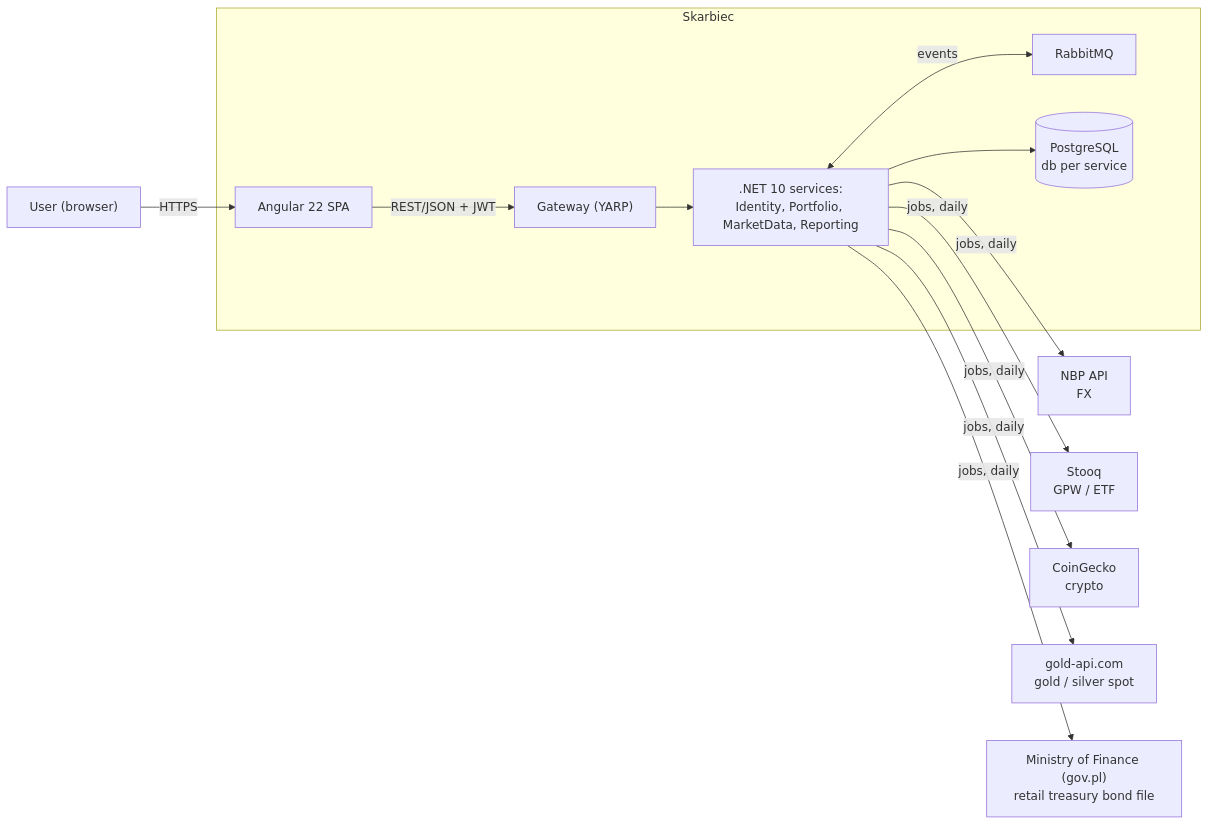
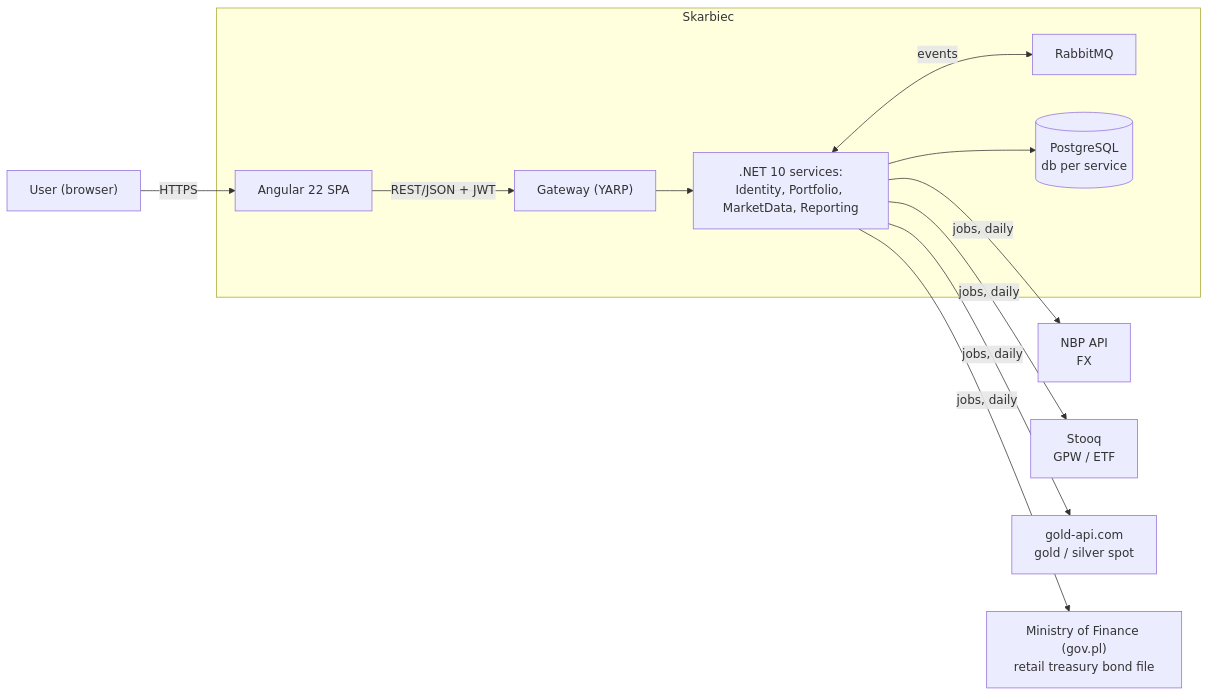
The first of 7 diagrams in skarbiec-plan/architecture.md (Maliniak93/FinMel), drawn with Mermaid before and after one commit. The commit also changed other lines of this file and 124 other files, not shown here.

````diff
--- a/skarbiec-plan/architecture.md
+++ b/skarbiec-plan/architecture.md
@@ -51,27 +51,25 @@
 ```mermaid
 flowchart LR
     U["User (browser)"]
     subgraph SKARBIEC["Skarbiec"]
         SPA["Angular 22 SPA"]
         GW["Gateway (YARP)"]
         SVC[".NET 10 services:<br/>Identity, Portfolio, MarketData, Reporting"]
         MQ["RabbitMQ"]
         DB[("PostgreSQL<br/>db per service")]
     end
     NBP["NBP API<br/>FX"]
     STOOQ["Stooq<br/>GPW / ETF"]
-    CG["CoinGecko<br/>crypto"]
     GA["gold-api.com<br/>gold / silver spot"]
     MF["Ministry of Finance (gov.pl)<br/>retail treasury bond file"]
 
     U -->|HTTPS| SPA
     SPA -->|"REST/JSON + JWT"| GW
     GW --> SVC
     SVC <-->|events| MQ
     SVC --> DB
     SVC -->|"jobs, daily"| NBP
     SVC -->|"jobs, daily"| STOOQ
-    SVC -->|"jobs, daily"| CG
     SVC -->|"jobs, daily"| GA
     SVC -->|"jobs, daily"| MF
 ```
````
